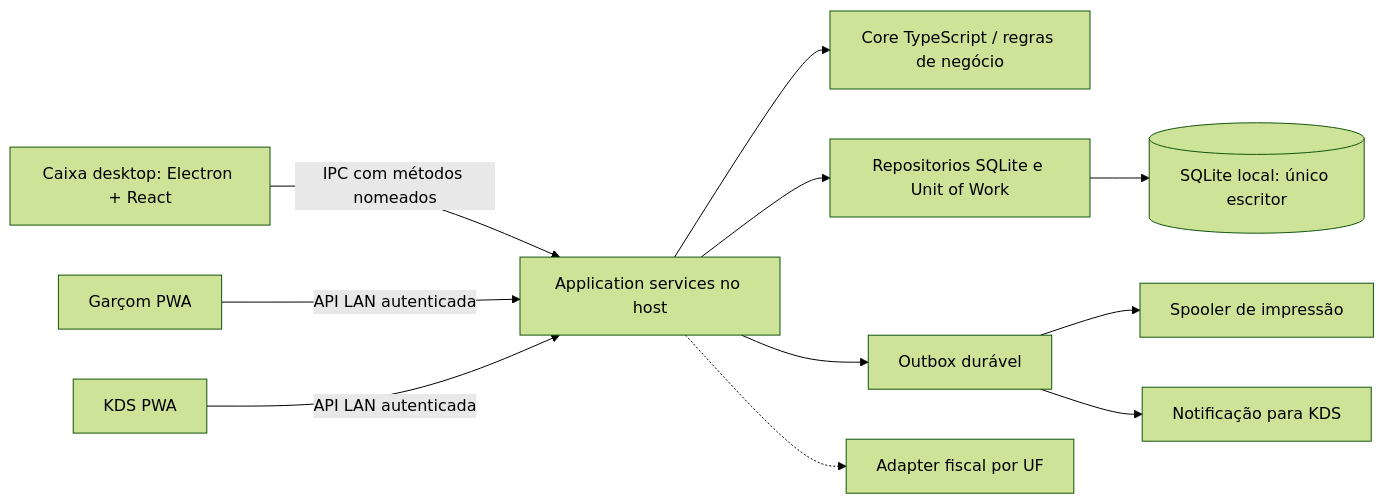
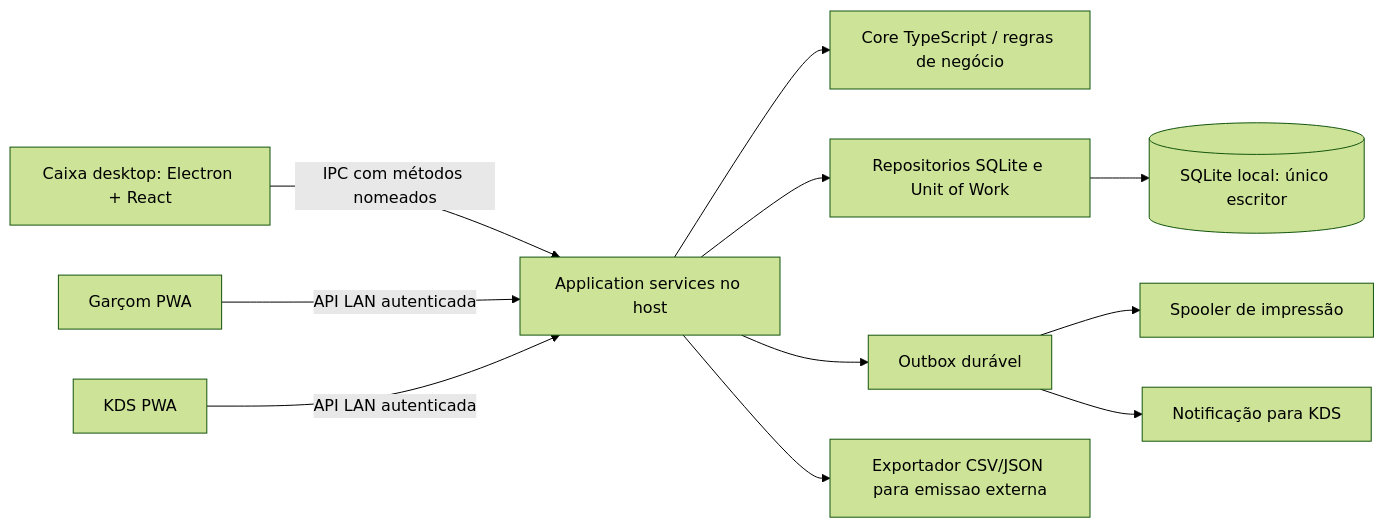
Before and after one commit to nutricionistaalmeidavh-spec/PDV-Nexus-2.0: the diagram in docs/ARCHITECTURE.md, drawn with Mermaid (forest theme). The commit also changed other lines of this file and 10 other files, not shown here.

````diff
--- a/docs/ARCHITECTURE.md
+++ b/docs/ARCHITECTURE.md
@@ -9,13 +9,13 @@
 ```mermaid
 flowchart LR
     R[Caixa desktop: Electron + React] -->|IPC com métodos nomeados| A[Application services no host]
     W[Garçom PWA] -->|API LAN autenticada| A
     K[KDS PWA] -->|API LAN autenticada| A
     A --> D[Core TypeScript / regras de negócio]
     A --> P[Repositorios SQLite e Unit of Work]
     P --> S[(SQLite local: único escritor)]
     A --> O[Outbox durável]
     O --> I[Spooler de impressão]
     O --> N[Notificação para KDS]
-    A -.-> F[Adapter fiscal por UF]
+    A --> F[Exportador CSV/JSON para emissao externa]
 ```
````
